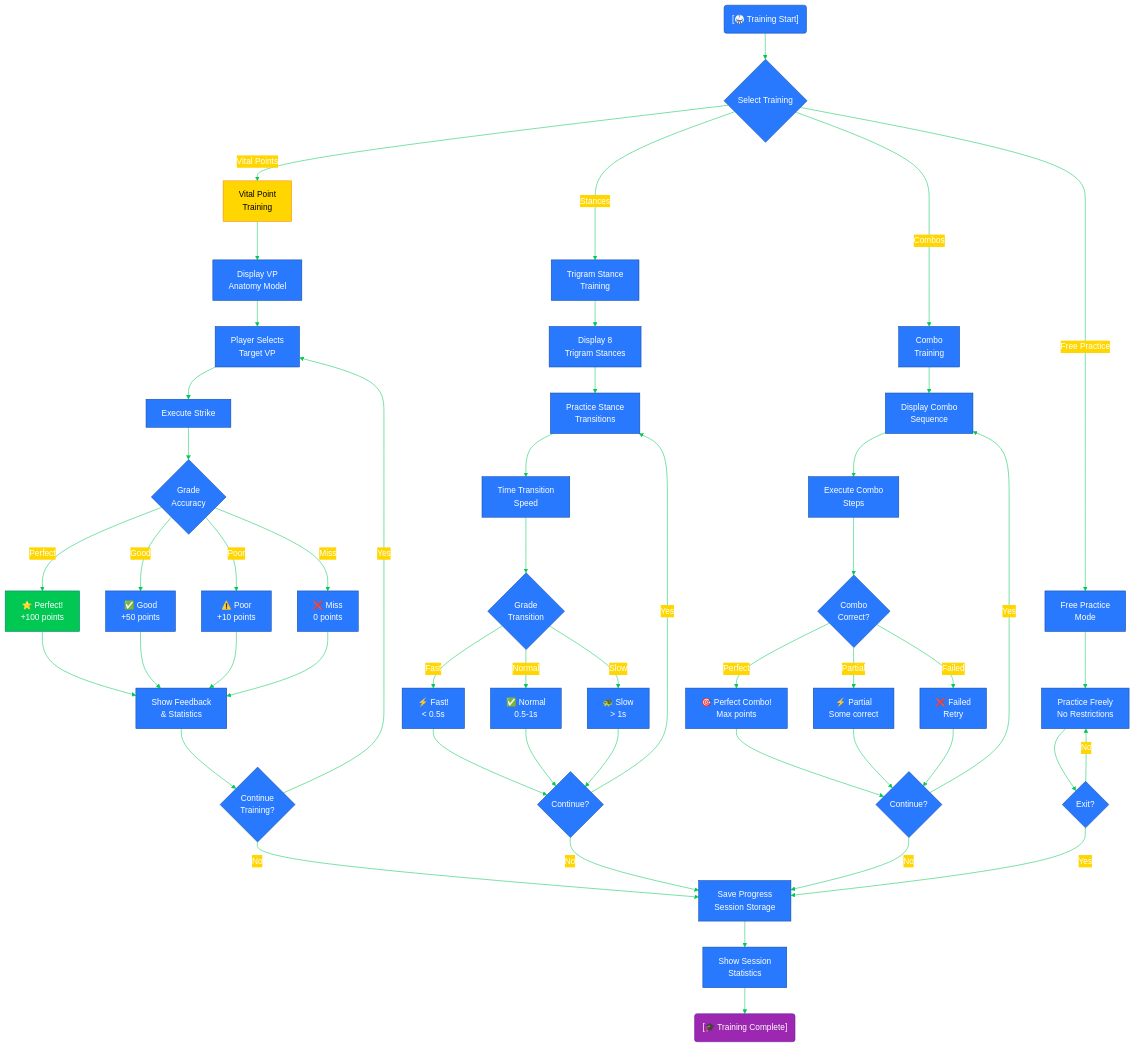
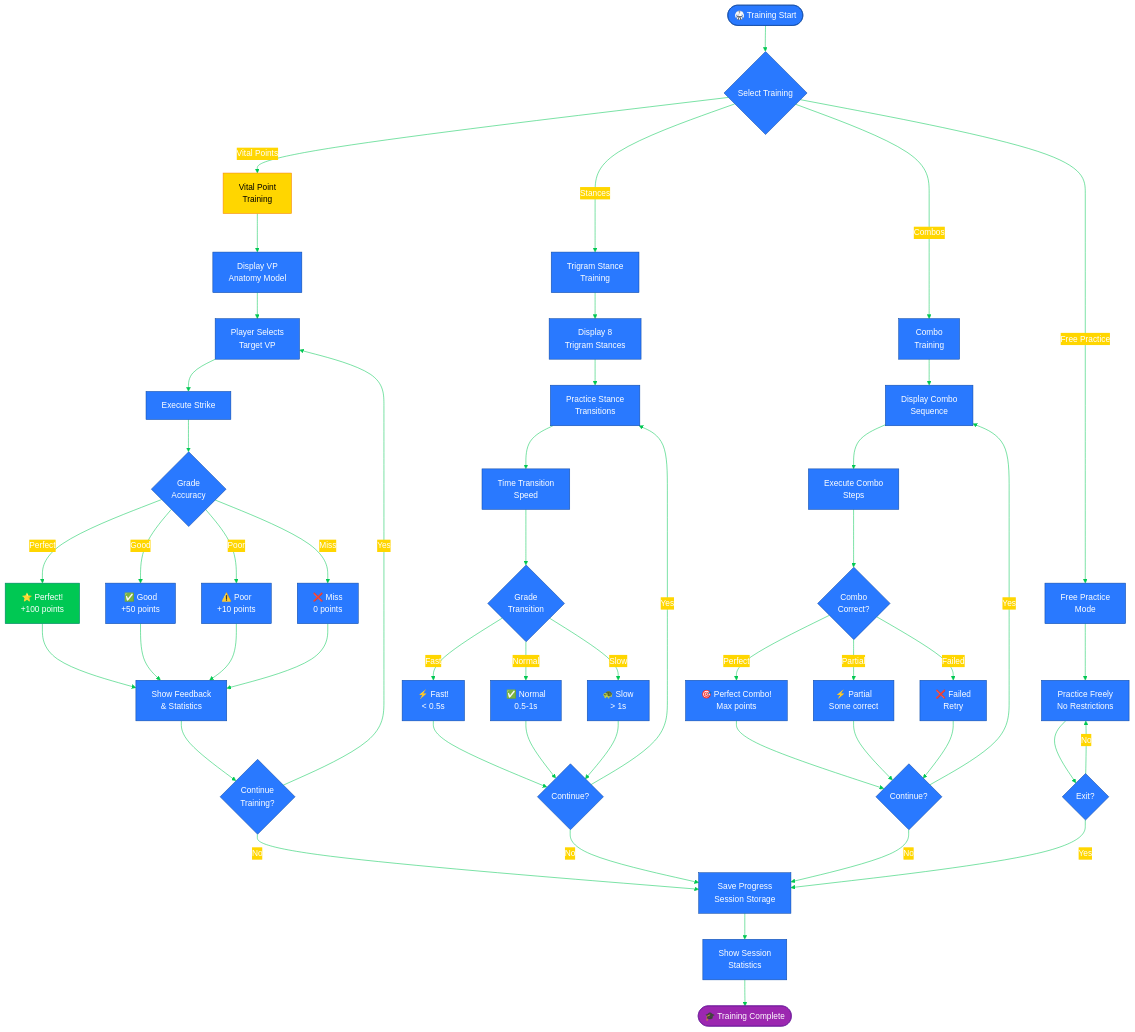
One commit to Hack23/blacktrigram changed the eighth of 11 diagrams in FLOWCHART.md. Above: the diagram before and after it, drawn with Mermaid. The commit also changed other lines of this file and 3 other files, not shown here.

First line of the commit message:
fix: address PR review comments - pin deps, fix mermaid extractor, fix stadium nodes

````diff
--- a/FLOWCHART.md
+++ b/FLOWCHART.md
@@ -473,74 +473,74 @@
 ```mermaid
 %%{init: {'theme':'base', 'themeVariables': {'primaryColor':'#2979FF','primaryTextColor':'#fff','primaryBorderColor':'#0D47A1','lineColor':'#00C853','secondaryColor':'#FFD600','tertiaryColor':'#FF3D00'}}}%%
 flowchart TD
-    Start("[🥋 Training Start]") --> Select{Select Training}
+    Start(["🥋 Training Start"]) --> Select{Select Training}
 
     Select -->|Vital Points| VPTraining[Vital Point<br/>Training]
     Select -->|Stances| StanceTraining[Trigram Stance<br/>Training]
     Select -->|Combos| ComboTraining[Combo<br/>Training]
     Select -->|Free Practice| FreePractice[Free Practice<br/>Mode]
 
     VPTraining --> ShowVP[Display VP<br/>Anatomy Model]
     ShowVP --> SelectVP[Player Selects<br/>Target VP]
     SelectVP --> AttemptStrike[Execute Strike]
     AttemptStrike --> Grade{Grade<br/>Accuracy}
 
     Grade -->|Perfect| Perfect["⭐ Perfect!<br/>+100 points"]
     Grade -->|Good| Good["✅ Good<br/>+50 points"]
     Grade -->|Poor| Poor["⚠️ Poor<br/>+10 points"]
     Grade -->|Miss| Miss["❌ Miss<br/>0 points"]
 
     Perfect --> ShowFeedback[Show Feedback<br/>& Statistics]
     Good --> ShowFeedback
     Poor --> ShowFeedback
     Miss --> ShowFeedback
 
     ShowFeedback --> Continue{Continue<br/>Training?}
 
     Continue -->|Yes| SelectVP
     Continue -->|No| SaveProgress[Save Progress<br/>Session Storage]
 
     StanceTraining --> ShowStances[Display 8<br/>Trigram Stances]
     ShowStances --> PracticeStance[Practice Stance<br/>Transitions]
     PracticeStance --> TimeTransition[Time Transition<br/>Speed]
     TimeTransition --> GradeTransition{Grade<br/>Transition}
 
     GradeTransition -->|Fast| FastGrade["⚡ Fast!<br/>< 0.5s"]
     GradeTransition -->|Normal| NormalGrade["✅ Normal<br/>0.5-1s"]
     GradeTransition -->|Slow| SlowGrade["🐢 Slow<br/>> 1s"]
 
     FastGrade --> Continue2{Continue?}
     NormalGrade --> Continue2
     SlowGrade --> Continue2
 
     Continue2 -->|Yes| PracticeStance
     Continue2 -->|No| SaveProgress
 
     ComboTraining --> ShowCombo[Display Combo<br/>Sequence]
     ShowCombo --> ExecuteCombo[Execute Combo<br/>Steps]
     ExecuteCombo --> CheckCombo{Combo<br/>Correct?}
 
     CheckCombo -->|Perfect| ComboSuccess["🎯 Perfect Combo!<br/>Max points"]
     CheckCombo -->|Partial| ComboPartial["⚡ Partial<br/>Some correct"]
     CheckCombo -->|Failed| ComboFail["❌ Failed<br/>Retry"]
 
     ComboSuccess --> Continue3{Continue?}
     ComboPartial --> Continue3
     ComboFail --> Continue3
 
     Continue3 -->|Yes| ShowCombo
     Continue3 -->|No| SaveProgress
 
     FreePractice --> PracticeLoop[Practice Freely<br/>No Restrictions]
     PracticeLoop --> CheckExit{Exit?}
     CheckExit -->|No| PracticeLoop
     CheckExit -->|Yes| SaveProgress
 
     SaveProgress --> ShowStats[Show Session<br/>Statistics]
-    ShowStats --> End("[🎓 Training Complete]")
+    ShowStats --> End(["🎓 Training Complete"])
 
     style Start fill:#2979FF,stroke:#0D47A1,color:#fff
     style Perfect fill:#00C853,stroke:#00796B,color:#fff
     style VPTraining fill:#FFD600,stroke:#F57F17,color:#000
     style End fill:#9C27B0,stroke:#6A1B9A,color:#fff
 ```
````
